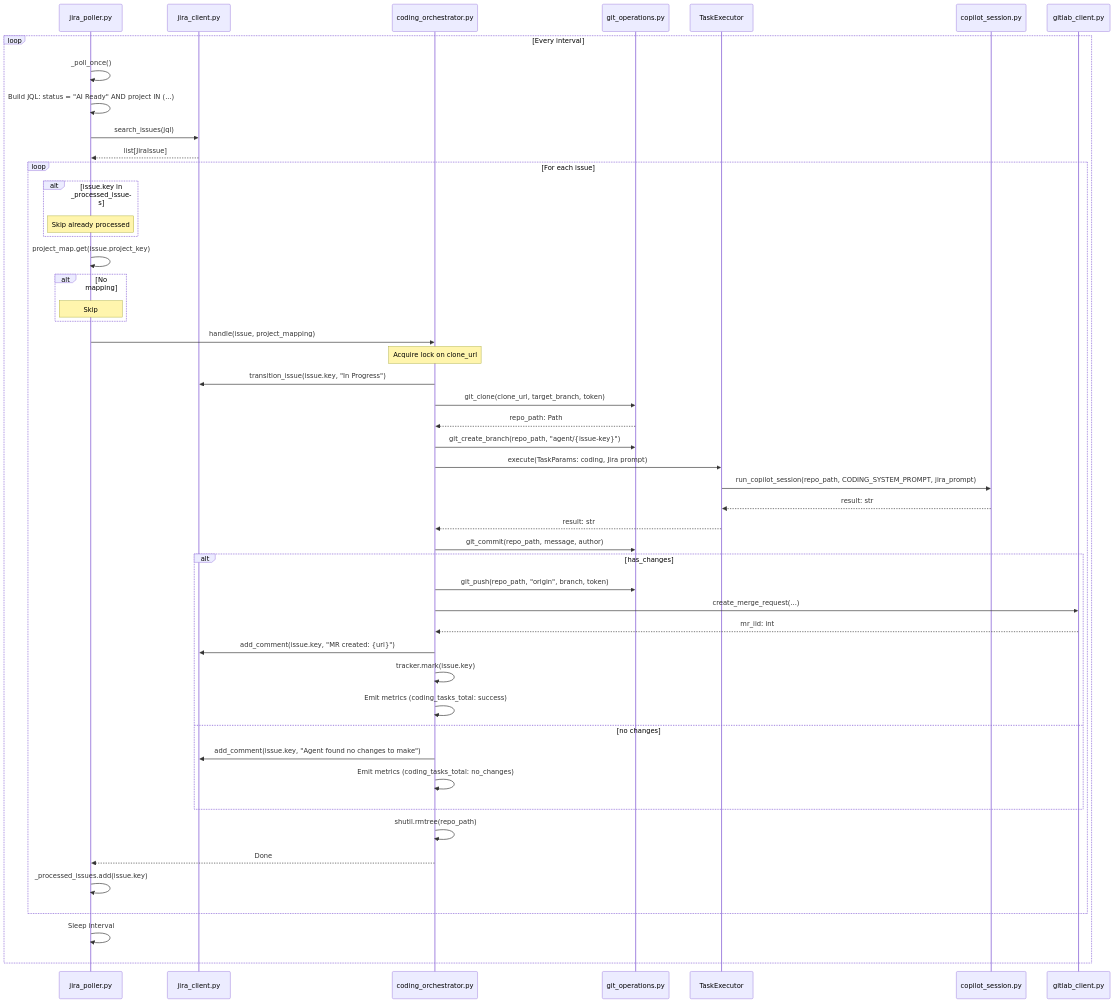
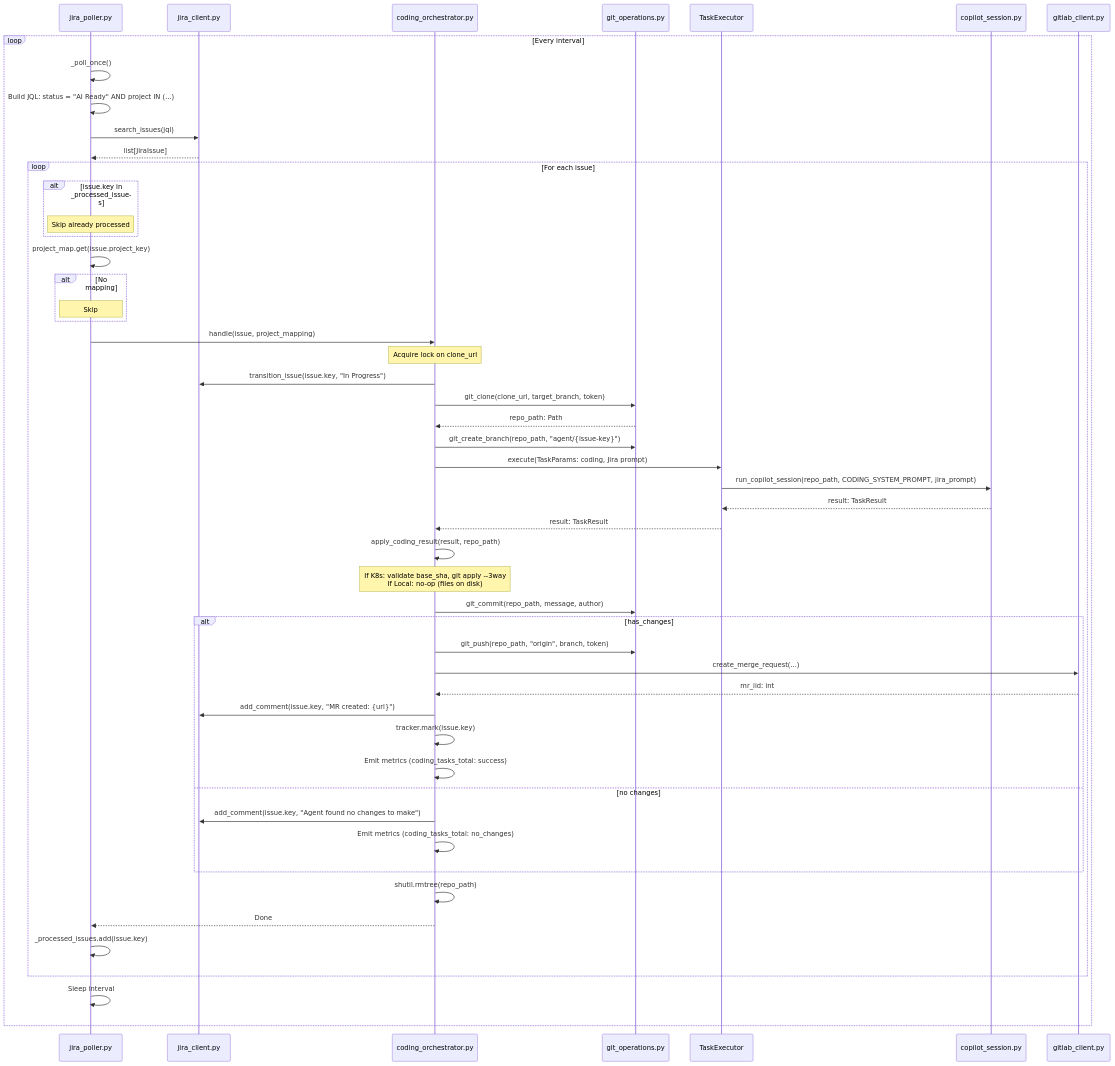
The fifth of 5 diagrams in docs/wiki/request-flows.md (peteroden/gitlab-copilot-agent), drawn with Mermaid before and after one commit. The commit also changed other lines of this file and 6 other files, not shown here.

````diff
--- a/docs/wiki/request-flows.md
+++ b/docs/wiki/request-flows.md
@@ -256,63 +259,66 @@
 ```mermaid
 sequenceDiagram
     participant POLL as jira_poller.py
     participant JCL as jira_client.py
     participant CODING as coding_orchestrator.py
     participant GIT as git_operations.py
     participant EXEC as TaskExecutor
     participant COP as copilot_session.py
     participant GLCL as gitlab_client.py
     
     loop Every interval
         POLL->>POLL: _poll_once()
         POLL->>POLL: Build JQL: status = "AI Ready" AND project IN (...)
         POLL->>JCL: search_issues(jql)
         JCL-->>POLL: list[JiraIssue]
         
         loop For each issue
             alt issue.key in _processed_issues
                 Note over POLL: Skip already processed
             end
             
             POLL->>POLL: project_map.get(issue.project_key)
             alt No mapping
                 Note over POLL: Skip
             end
             
             POLL->>CODING: handle(issue, project_mapping)
             
             Note over CODING: Acquire lock on clone_url
             
             CODING->>JCL: transition_issue(issue.key, "In Progress")
             CODING->>GIT: git_clone(clone_url, target_branch, token)
             GIT-->>CODING: repo_path: Path
             
             CODING->>GIT: git_create_branch(repo_path, "agent/{issue-key}")
             
             CODING->>EXEC: execute(TaskParams: coding, Jira prompt)
             EXEC->>COP: run_copilot_session(repo_path, CODING_SYSTEM_PROMPT, jira_prompt)
-            COP-->>EXEC: result: str
-            EXEC-->>CODING: result: str
+            COP-->>EXEC: result: TaskResult
+            EXEC-->>CODING: result: TaskResult
+            
+            CODING->>CODING: apply_coding_result(result, repo_path)
+            Note over CODING: If K8s: validate base_sha, git apply --3way<br/>If Local: no-op (files on disk)
             
             CODING->>GIT: git_commit(repo_path, message, author)
             alt has_changes
                 CODING->>GIT: git_push(repo_path, "origin", branch, token)
                 CODING->>GLCL: create_merge_request(...)
                 GLCL-->>CODING: mr_iid: int
                 CODING->>JCL: add_comment(issue.key, "MR created: {url}")
                 CODING->>CODING: tracker.mark(issue.key)
                 CODING->>CODING: Emit metrics (coding_tasks_total: success)
             else no changes
                 CODING->>JCL: add_comment(issue.key, "Agent found no changes to make")
                 CODING->>CODING: Emit metrics (coding_tasks_total: no_changes)
             end
             
             CODING->>CODING: shutil.rmtree(repo_path)
             CODING-->>POLL: Done
             
             POLL->>POLL: _processed_issues.add(issue.key)
         end
         
         POLL->>POLL: Sleep interval
     end
 ```
````
